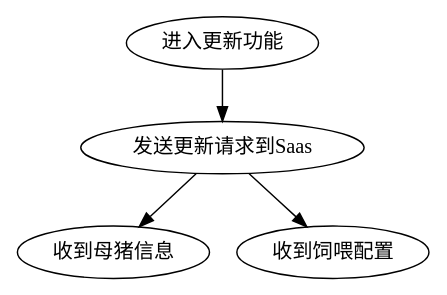
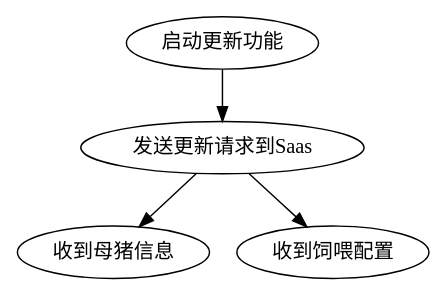
The second of 3 diagrams in source/work/sj/topic/饲喂器业务流程.rst (cruiurc/cruiurc.github.io), drawn with Graphviz before and after one commit. The commit also changed other lines of this file, not shown here.

Commit message:
20221120 work

```diff
--- a/source/work/sj/topic/饲喂器业务流程.rst
+++ b/source/work/sj/topic/饲喂器业务流程.rst
@@ -24,7 +24,7 @@
 .. graphviz::
 
     digraph Update{
-       进入更新功能 -> 发送更新请求到Saas;
+       启动更新功能 -> 发送更新请求到Saas;
        发送更新请求到Saas -> 收到母猪信息;
        发送更新请求到Saas -> 收到饲喂配置;
     }
```
